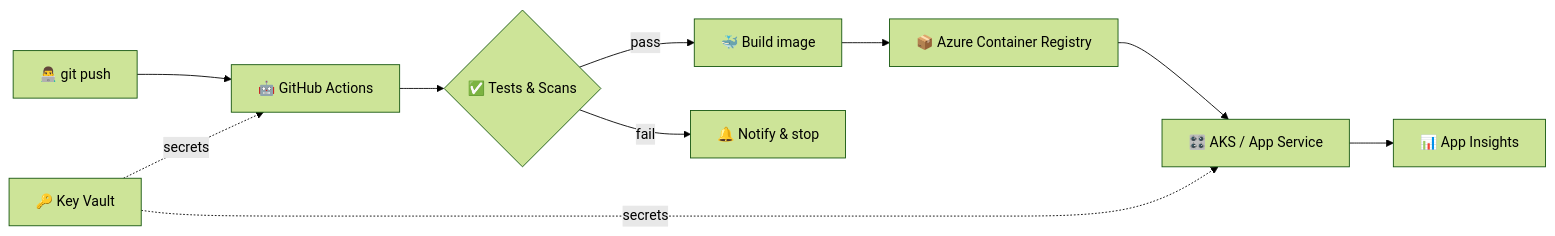
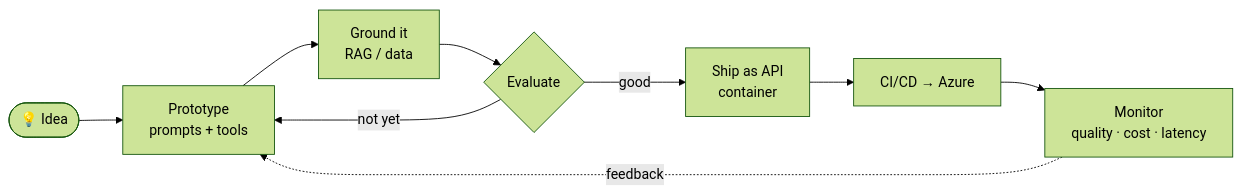
The diagram in README.md (athulsreekumar/AthulSreekumar), drawn with Mermaid (forest theme) before and after one commit. The commit also changed other lines of this file, not shown here.

````diff
--- a/README.md
+++ b/README.md
@@ -77,12 +78,11 @@
 ```mermaid
 flowchart LR
-    A[👨‍💻 git push] --> B[🤖 GitHub Actions]
-    B --> C{✅ Tests & Scans}
-    C -- pass --> D[🐳 Build image]
-    D --> E[📦 Azure Container Registry]
-    E --> F[🎛️ AKS / App Service]
-    F --> G[📊 App Insights]
-    C -- fail --> H[🔔 Notify & stop]
-    K[🔑 Key Vault] -.secrets.-> B
-    K -.secrets.-> F
+    I([💡 Idea]) --> P[Prototype<br/>prompts + tools]
+    P --> R[Ground it<br/>RAG / data]
+    R --> E{Evaluate}
+    E -- not yet --> P
+    E -- good --> S[Ship as API<br/>container]
+    S --> C[CI/CD → Azure]
+    C --> M[Monitor<br/>quality · cost · latency]
+    M -. feedback .-> P
 ```
````
